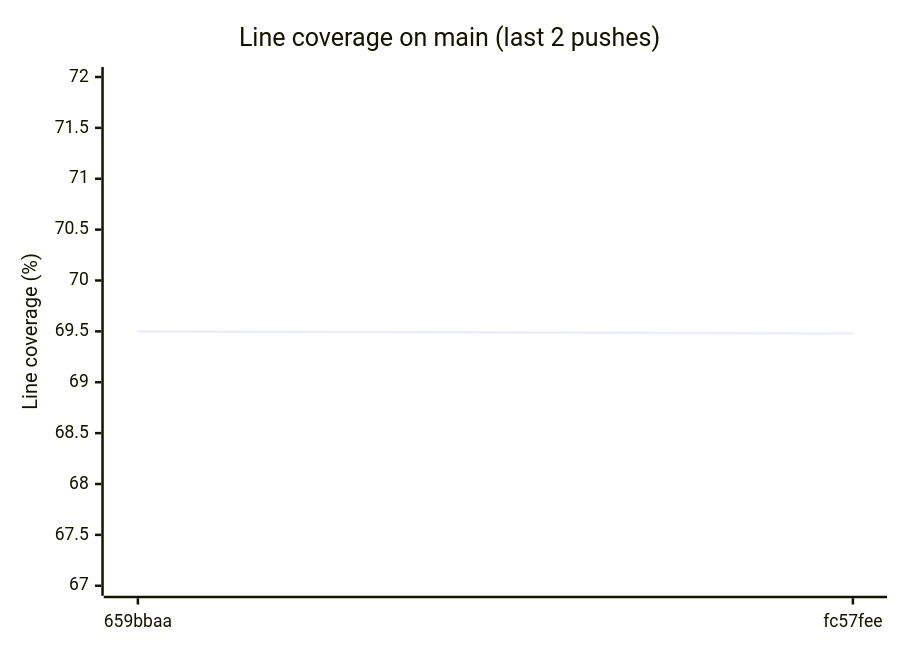
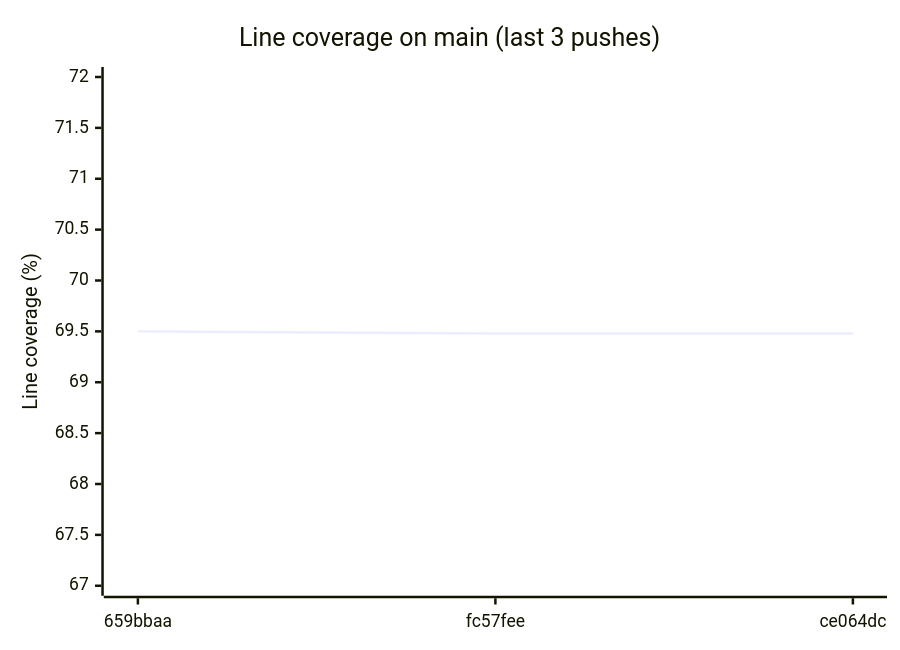
The diagram in README.md (enaweg/godot-epluginframework), drawn with Mermaid before and after one commit. The commit also changed other lines of this file and 2 other files, not shown here.

Commit message:
chore: record coverage of ce064dc

````diff
--- a/README.md
+++ b/README.md
@@ -9,7 +9,7 @@
 ```mermaid
 xychart-beta
-    title "Line coverage on main (last 2 pushes)"
-    x-axis ["659bbaa", "fc57fee"]
+    title "Line coverage on main (last 3 pushes)"
+    x-axis ["659bbaa", "fc57fee", "ce064dc"]
     y-axis "Line coverage (%)" 67 --> 72
-    line [69.50, 69.48]
+    line [69.50, 69.48, 69.48]
 ```
````
